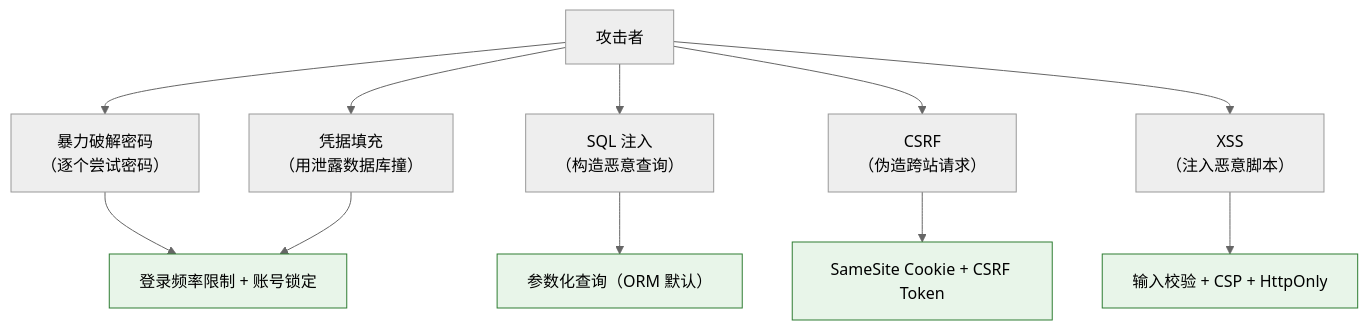
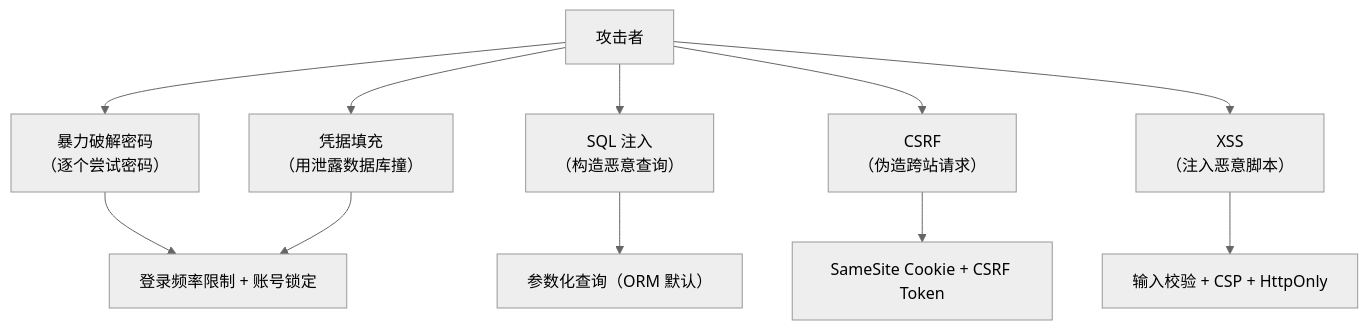
Before and after one commit to luohuidong/auth-tutorial: the first of 4 diagrams in docs/auth-security.md, drawn with Mermaid (neutral theme). The commit also changed 8 other files, not shown here.

First line of the commit message:
docs: 移除 mermaid 图表硬编码颜色以兼容 light/dark theme

````diff
--- a/docs/auth-security.md
+++ b/docs/auth-security.md
@@ -35,18 +35,14 @@
 ```mermaid
 graph TB
     A["攻击者"] --> B["暴力破解密码\n（逐个尝试密码）"]
     A --> C["凭据填充\n（用泄露数据库撞）"]
     A --> D["SQL 注入\n（构造恶意查询）"]
     A --> E["CSRF\n（伪造跨站请求）"]
     A --> F["XSS\n（注入恶意脚本）"]
 
     B & C --> G["登录频率限制 + 账号锁定"]
     D --> H["参数化查询（ORM 默认）"]
     E --> I["SameSite Cookie + CSRF Token"]
     F --> J["输入校验 + CSP + HttpOnly"]
 
-    style G fill:#e8f5e9,stroke:#2e7d32
-    style H fill:#e8f5e9,stroke:#2e7d32
-    style I fill:#e8f5e9,stroke:#2e7d32
-    style J fill:#e8f5e9,stroke:#2e7d32
 ```
````
